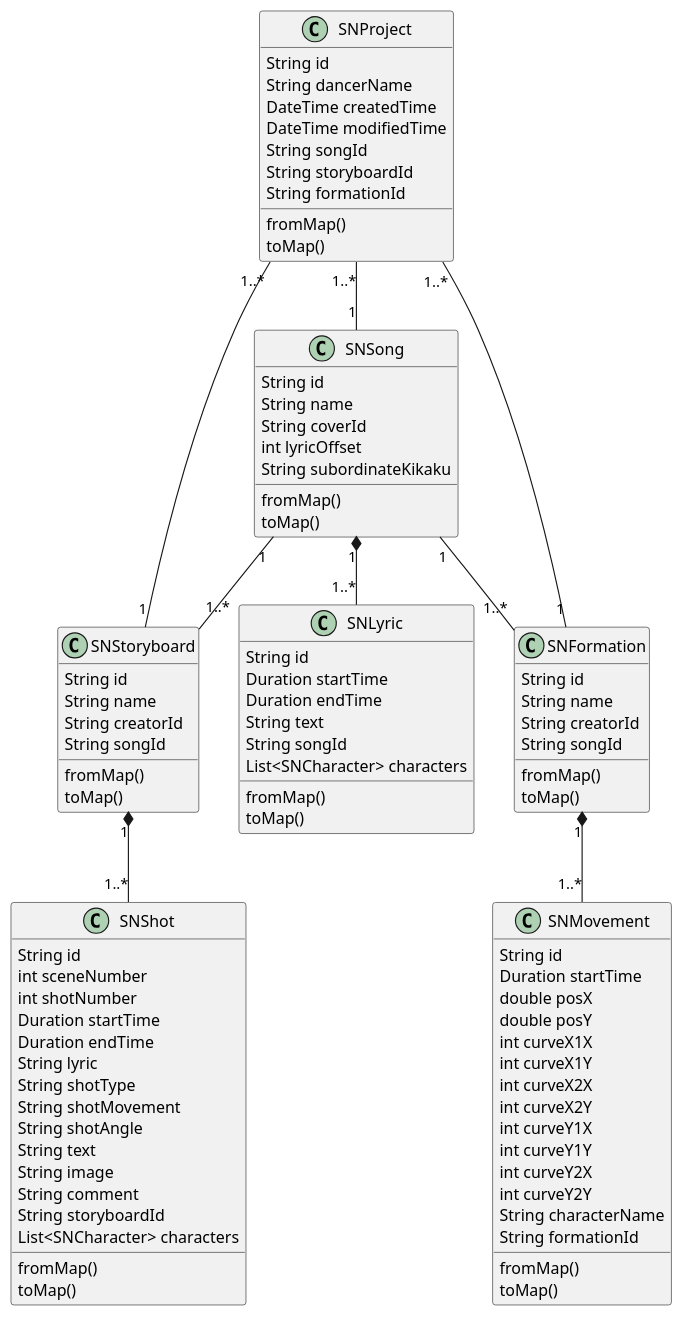
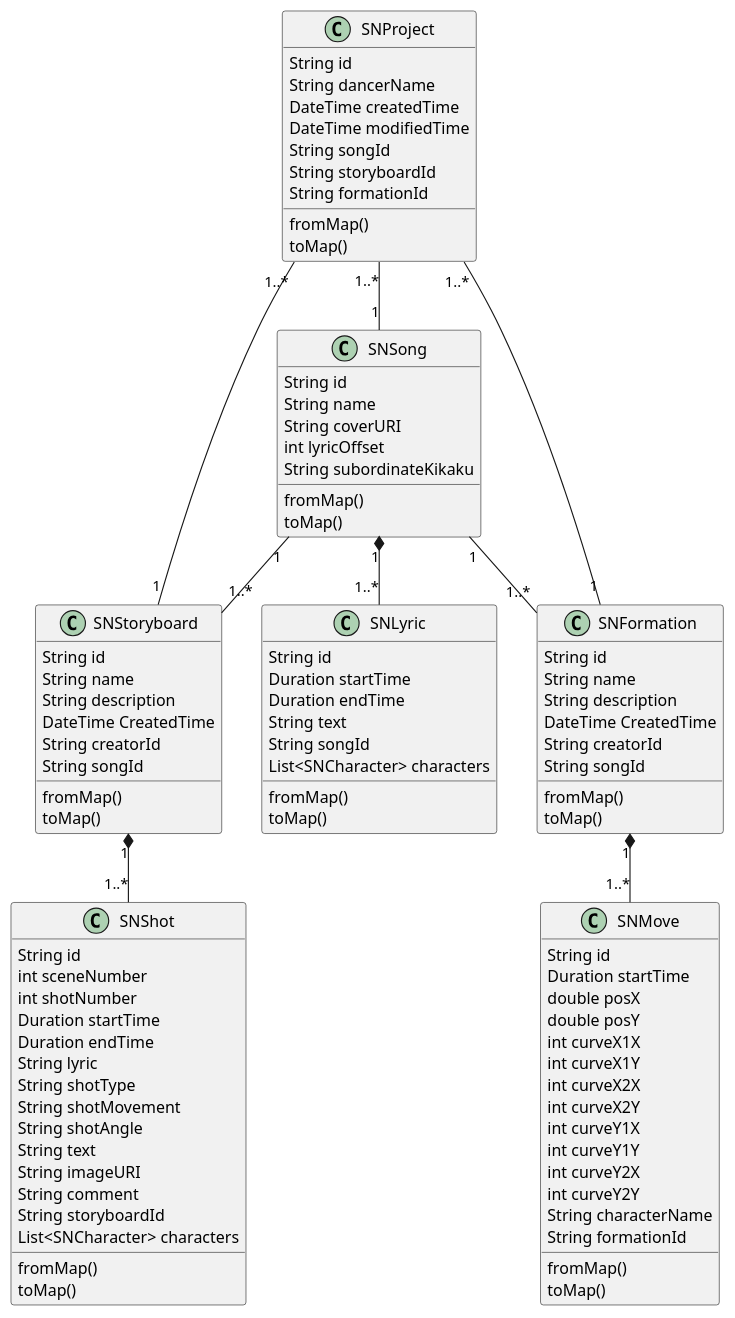
One commit to amamiseiya/shonichi_Flutter changed the diagram in flutter_module/documents/class.wsd. Above: the diagram before and after it, drawn with PlantUML. The commit also changed 63 other files, not shown here.

```diff
--- a/flutter_module/documents/class.wsd
+++ b/flutter_module/documents/class.wsd
@@ -1,104 +1,109 @@
 @startuml Class
 
 SNProject "1..*" -- "1" SNSong
 SNProject "1..*" -- "1" SNStoryboard
 SNProject "1..*" -- "1" SNFormation
 SNSong "1" -- "1..*" SNStoryboard
 SNSong "1" -- "1..*" SNFormation
 SNSong "1" *-- "1..*" SNLyric
 SNStoryboard "1" *-- "1..*" SNShot
-SNFormation "1" *-- "1..*" SNMovement
+SNFormation "1" *-- "1..*" SNMove
 
 
 class SNProject {
     String id
     String dancerName
     DateTime createdTime
     DateTime modifiedTime
     String songId
     String storyboardId
     String formationId
     fromMap()
     toMap()
 }
 
 class SNSong {
     String id
     String name
-    String coverId
+    String coverURI
     int lyricOffset
     String subordinateKikaku
     fromMap()
     toMap()
 }
 
 class SNLyric {
     String id
     Duration startTime
     Duration endTime
     String text
     String songId
     List<SNCharacter> characters
     fromMap()
     toMap()
 }
 
 
 class SNStoryboard {
   String id
   String name
+  String description
+  DateTime CreatedTime
   String creatorId
   String songId
   fromMap()
   toMap()
 }
 
 
 class SNShot {
     String id
     int sceneNumber
     int shotNumber
     Duration startTime
     Duration endTime
     String lyric
     String shotType
     String shotMovement
     String shotAngle
     String text
-    String image
+    String imageURI
     String comment
     String storyboardId
     List<SNCharacter> characters
     fromMap()
     toMap()
 }
+
 class SNFormation {
   String id
   String name
+  String description
+  DateTime CreatedTime
   String creatorId
   String songId
 
   fromMap()
   toMap()
 }
 
-class SNMovement {
+class SNMove {
     String id
     Duration startTime
     double posX
     double posY
     int curveX1X
     int curveX1Y
     int curveX2X
     int curveX2Y
     int curveY1X
     int curveY1Y
     int curveY2X
     int curveY2Y
     String characterName
     String formationId
     fromMap()
     toMap()
 }
 
 @enduml
```
